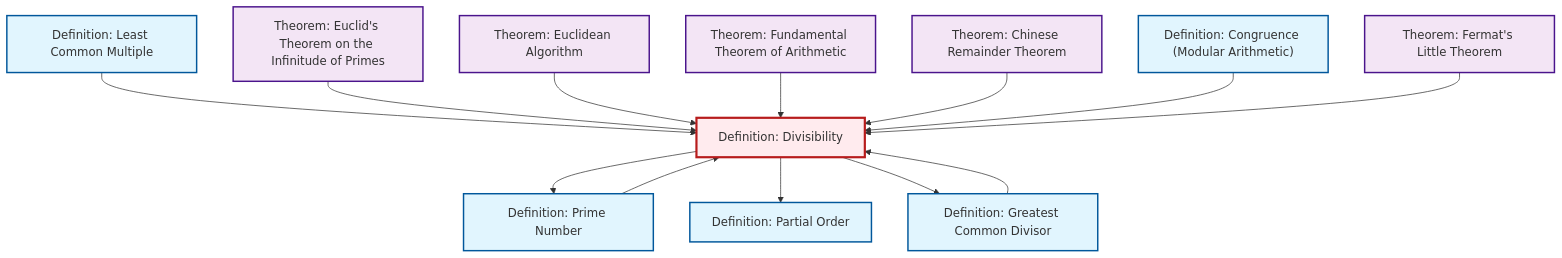
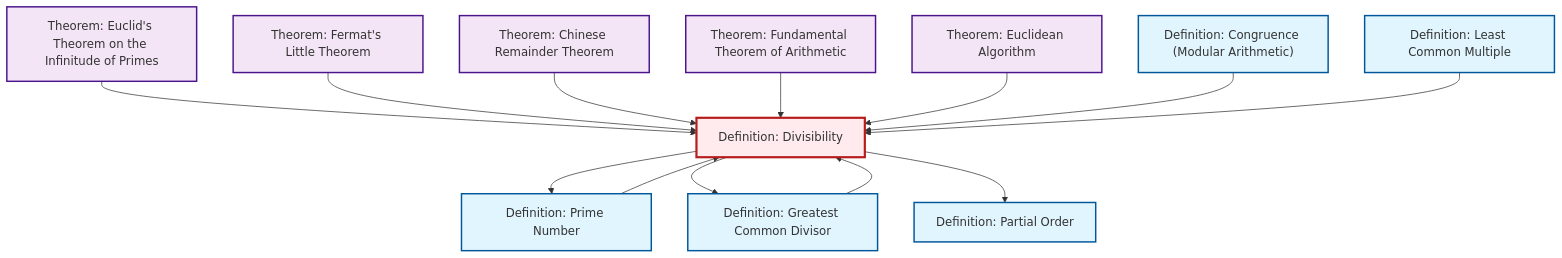
Before and after one commit to RK0429/ModernMath: the diagram in content/en/number-theory/def-divisibility.qmd, drawn with Mermaid. The commit also changed other lines of this file and 328 other files, not shown here.

````diff
--- a/content/en/number-theory/def-divisibility.qmd
+++ b/content/en/number-theory/def-divisibility.qmd
@@ -88,43 +88,43 @@
 ```{mermaid}
 %%| fig-cap: "Local dependency graph"
 graph TD
     classDef definition fill:#e1f5fe,stroke:#01579b,stroke-width:2px
     classDef theorem fill:#f3e5f5,stroke:#4a148c,stroke-width:2px
     classDef axiom fill:#fff3e0,stroke:#e65100,stroke-width:2px
     classDef example fill:#e8f5e9,stroke:#1b5e20,stroke-width:2px
     classDef current fill:#ffebee,stroke:#b71c1c,stroke-width:3px
+    thm-fundamental-arithmetic["Theorem: Fundamental Theorem of Arithmetic"]:::theorem
+    thm-chinese-remainder["Theorem: Chinese Remainder Theorem"]:::theorem
+    def-lcm["Definition: Least Common Multiple"]:::definition
+    def-partial-order["Definition: Partial Order"]:::definition
+    thm-fermat-little["Theorem: Fermat's Little Theorem"]:::theorem
     thm-euclidean-algorithm["Theorem: Euclidean Algorithm"]:::theorem
-    def-lcm["Definition: Least Common Multiple"]:::definition
-    thm-fermat-little["Theorem: Fermat's Little Theorem"]:::theorem
-    thm-fundamental-arithmetic["Theorem: Fundamental Theorem of Arithmetic"]:::theorem
-    def-partial-order["Definition: Partial Order"]:::definition
+    def-divisibility["Definition: Divisibility"]:::definition
+    def-congruence["Definition: Congruence (Modular Arithmetic)"]:::definition
+    def-gcd["Definition: Greatest Common Divisor"]:::definition
     thm-euclid-infinitude-primes["Theorem: Euclid's Theorem on the Infinitude of Primes"]:::theorem
-    def-congruence["Definition: Congruence (Modular Arithmetic)"]:::definition
     def-prime["Definition: Prime Number"]:::definition
-    def-gcd["Definition: Greatest Common Divisor"]:::definition
-    thm-chinese-remainder["Theorem: Chinese Remainder Theorem"]:::theorem
-    def-divisibility["Definition: Divisibility"]:::definition
+    def-divisibility --> def-prime
+    def-divisibility --> def-gcd
+    thm-euclid-infinitude-primes --> def-divisibility
+    thm-fermat-little --> def-divisibility
+    thm-chinese-remainder --> def-divisibility
+    thm-fundamental-arithmetic --> def-divisibility
+    thm-euclidean-algorithm --> def-divisibility
+    def-congruence --> def-divisibility
+    def-prime --> def-divisibility
+    def-gcd --> def-divisibility
     def-lcm --> def-divisibility
-    thm-euclid-infinitude-primes --> def-divisibility
-    def-divisibility --> def-prime
-    thm-euclidean-algorithm --> def-divisibility
-    def-prime --> def-divisibility
     def-divisibility --> def-partial-order
-    thm-fundamental-arithmetic --> def-divisibility
-    thm-chinese-remainder --> def-divisibility
-    def-congruence --> def-divisibility
-    def-divisibility --> def-gcd
-    thm-fermat-little --> def-divisibility
-    def-gcd --> def-divisibility
     class def-divisibility current
+    click thm-fundamental-arithmetic "thm-fundamental-arithmetic.html" "Go to Fundamental Theorem of Arithmetic theorem"
+    click thm-chinese-remainder "thm-chinese-remainder.html" "Go to Chinese Remainder Theorem theorem"
+    click def-lcm "def-lcm.html" "Go to Least Common Multiple definition"
+    click def-partial-order "def-partial-order.html" "Go to Partial Order definition"
+    click thm-fermat-little "thm-fermat-little.html" "Go to Fermat's Little Theorem theorem"
     click thm-euclidean-algorithm "thm-euclidean-algorithm.html" "Go to Euclidean Algorithm theorem"
-    click def-lcm "def-lcm.html" "Go to Least Common Multiple definition"
-    click thm-fermat-little "thm-fermat-little.html" "Go to Fermat's Little Theorem theorem"
-    click thm-fundamental-arithmetic "thm-fundamental-arithmetic.html" "Go to Fundamental Theorem of Arithmetic theorem"
-    click def-partial-order "def-partial-order.html" "Go to Partial Order definition"
+    click def-congruence "def-congruence.html" "Go to Congruence (Modular Arithmetic) definition"
+    click def-gcd "def-gcd.html" "Go to Greatest Common Divisor definition"
     click thm-euclid-infinitude-primes "thm-euclid-infinitude-primes.html" "Go to Euclid's Theorem on the Infinitude of Primes theorem"
-    click def-congruence "def-congruence.html" "Go to Congruence (Modular Arithmetic) definition"
     click def-prime "def-prime.html" "Go to Prime Number definition"
-    click def-gcd "def-gcd.html" "Go to Greatest Common Divisor definition"
-    click thm-chinese-remainder "thm-chinese-remainder.html" "Go to Chinese Remainder Theorem theorem"
 ```
````
